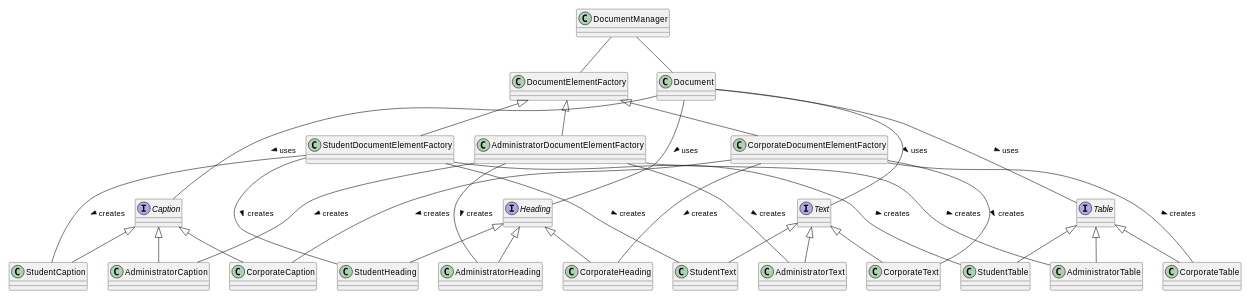
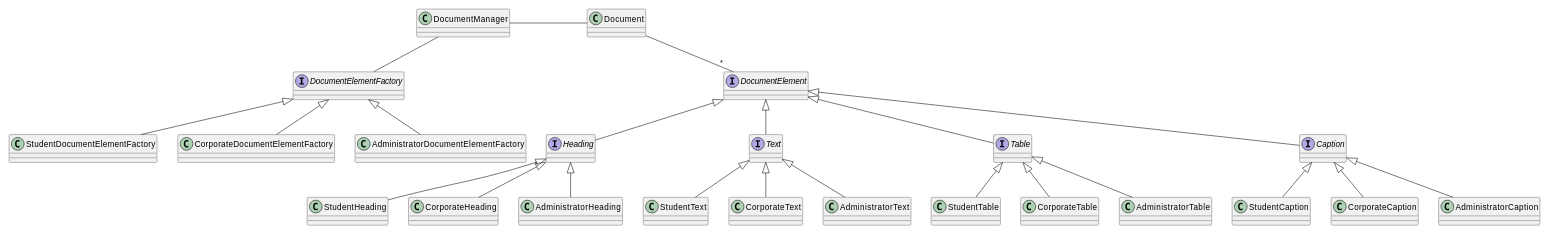
Before and after one commit to bth-dipt-teaching/PA1482-Applied-OO-Design: the fourth of 7 diagrams in Lectures/12-More-Patterns/AA-More-Patterns.org, drawn with PlantUML. The commit also changed other lines of this file and 3 other files, not shown here.

```diff
--- a/Lectures/12-More-Patterns/AA-More-Patterns.org
+++ b/Lectures/12-More-Patterns/AA-More-Patterns.org
@@ -250,50 +250,59 @@
 #+begin_src plantuml :file allInheritance.png
 scale 0.7
 DocumentManager -- DocumentElementFactory
 DocumentManager - Document
 
+interface DocumentElementFactory
 DocumentElementFactory <|-- StudentDocumentElementFactory
 DocumentElementFactory <|-- CorporateDocumentElementFactory
 DocumentElementFactory <|-- AdministratorDocumentElementFactory
 
 interface Heading
 Heading <|-- StudentHeading
 Heading <|-- CorporateHeading
 Heading <|-- AdministratorHeading
 
-StudentDocumentElementFactory --- StudentHeading : creates >
-CorporateDocumentElementFactory --- CorporateHeading : creates >
-AdministratorDocumentElementFactory --- AdministratorHeading : creates >
+'StudentDocumentElementFactory --- StudentHeading : creates >
+'CorporateDocumentElementFactory --- CorporateHeading : creates >
+'AdministratorDocumentElementFactory --- AdministratorHeading : creates >
 
 interface Text
 Text <|-- StudentText
 Text <|-- CorporateText
 Text <|-- AdministratorText
 
-StudentDocumentElementFactory --- StudentText : creates >
-CorporateDocumentElementFactory --- CorporateText : creates >
-AdministratorDocumentElementFactory --- AdministratorText : creates >
+'StudentDocumentElementFactory --- StudentText : creates >
+'CorporateDocumentElementFactory --- CorporateText : creates >
+'AdministratorDocumentElementFactory --- AdministratorText : creates >
 
 interface Table
 Table <|-- StudentTable
 Table <|-- CorporateTable
 Table <|-- AdministratorTable
 
-StudentDocumentElementFactory --- StudentTable : creates >
-CorporateDocumentElementFactory --- CorporateTable : creates >
-AdministratorDocumentElementFactory --- AdministratorTable : creates >
+'StudentDocumentElementFactory --- StudentTable : creates >
+'CorporateDocumentElementFactory --- CorporateTable : creates >
+'AdministratorDocumentElementFactory --- AdministratorTable : creates >
 
 interface Caption
 Caption <|-- StudentCaption
 Caption <|-- CorporateCaption
 Caption <|-- AdministratorCaption
 
-StudentDocumentElementFactory --- StudentCaption : creates >
-CorporateDocumentElementFactory --- CorporateCaption : creates >
-AdministratorDocumentElementFactory --- AdministratorCaption : creates >
+'StudentDocumentElementFactory --- StudentCaption : creates >
+'CorporateDocumentElementFactory --- CorporateCaption : creates >
+'AdministratorDocumentElementFactory --- AdministratorCaption : creates >
 
-Document --- Heading : uses >
-Document --- Text : uses >
-Document --- Table : uses >
-Document --- Caption : uses >
+interface DocumentElement
+DocumentElement <|-- Heading
+DocumentElement <|-- Text
+DocumentElement <|-- Caption
+DocumentElement <|-- Table
+
+'Document --- Heading : uses >
+'Document --- Text : uses >
+'Document --- Table : uses >
+'Document --- Caption : uses >
+
+Document -- "*" DocumentElement
 #+end_src
```
